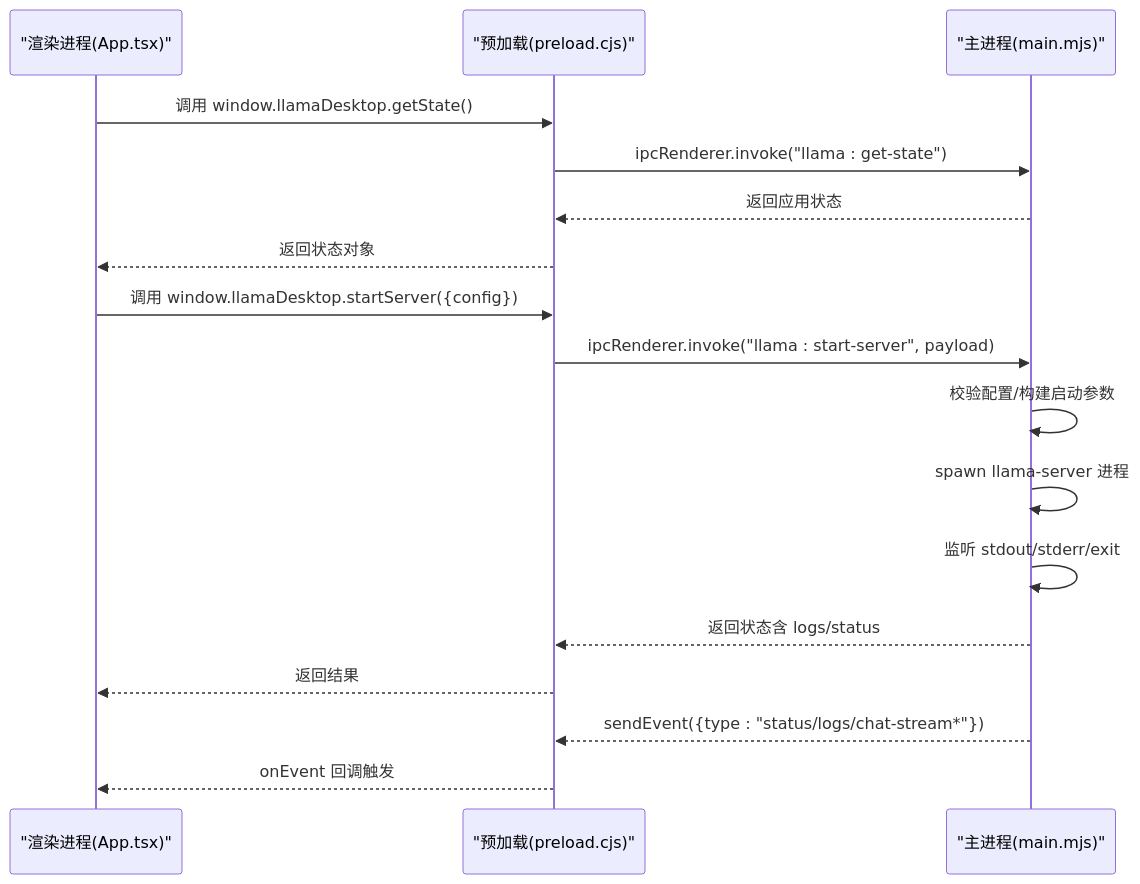
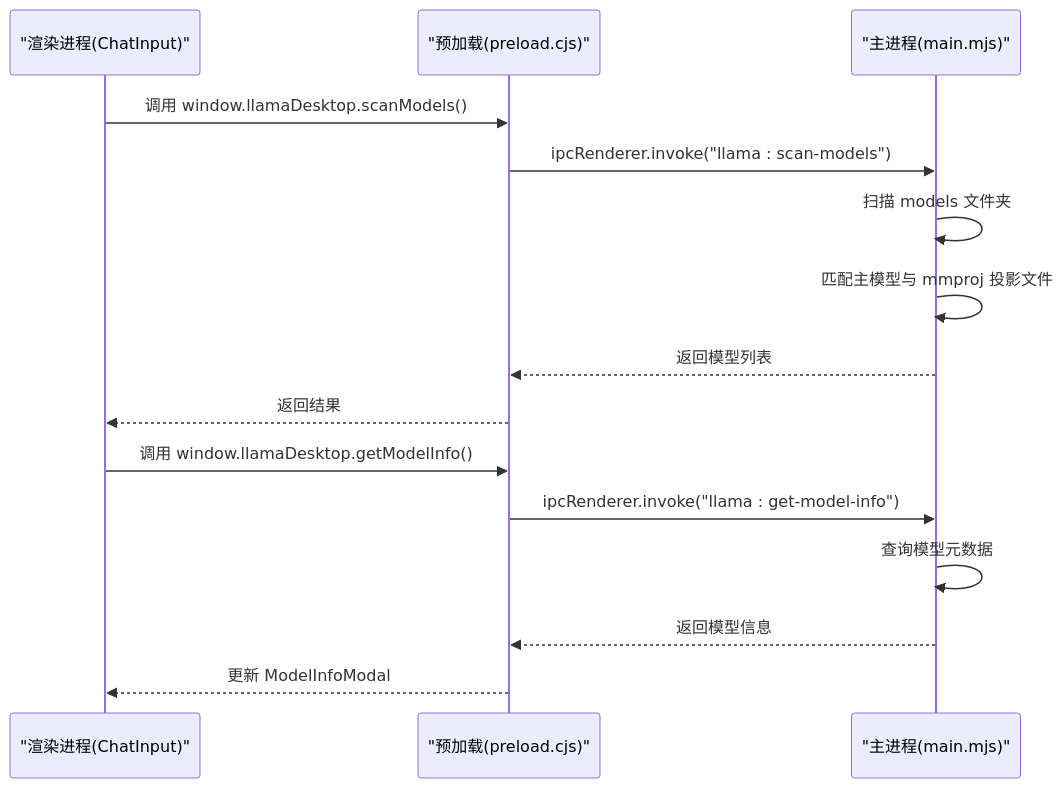
One commit to linkin770/illama-cpp-desktop changed the second of 7 diagrams in .qoder/repowiki/zh/content/架构设计/进程架构设计.md. Above: the diagram before and after it, drawn with Mermaid. The commit also changed other lines of this file and 23 other files, not shown here.

````diff
--- a/.qoder/repowiki/zh/content/架构设计/进程架构设计.md
+++ b/.qoder/repowiki/zh/content/架构设计/进程架构设计.md
@@ -102,19 +131,17 @@
 ```mermaid
 sequenceDiagram
-participant R as "渲染进程(App.tsx)"
+participant R as "渲染进程(ChatInput)"
 participant P as "预加载(preload.cjs)"
 participant M as "主进程(main.mjs)"
-R->>P : 调用 window.llamaDesktop.getState()
-P->>M : ipcRenderer.invoke("llama : get-state")
-M-->>P : 返回应用状态
-P-->>R : 返回状态对象
-R->>P : 调用 window.llamaDesktop.startServer({config})
-P->>M : ipcRenderer.invoke("llama : start-server", payload)
-M->>M : 校验配置/构建启动参数
-M->>M : spawn llama-server 进程
-M->>M : 监听 stdout/stderr/exit
-M-->>P : 返回状态含 logs/status
+R->>P : 调用 window.llamaDesktop.scanModels()
+P->>M : ipcRenderer.invoke("llama : scan-models")
+M->>M : 扫描 models 文件夹
+M->>M : 匹配主模型与 mmproj 投影文件
+M-->>P : 返回模型列表
 P-->>R : 返回结果
-M-->>P : sendEvent({type : "status/logs/chat-stream*"})
-P-->>R : onEvent 回调触发
+R->>P : 调用 window.llamaDesktop.getModelInfo()
+P->>M : ipcRenderer.invoke("llama : get-model-info")
+M->>M : 查询模型元数据
+M-->>P : 返回模型信息
+P-->>R : 更新 ModelInfoModal
 ```
````
